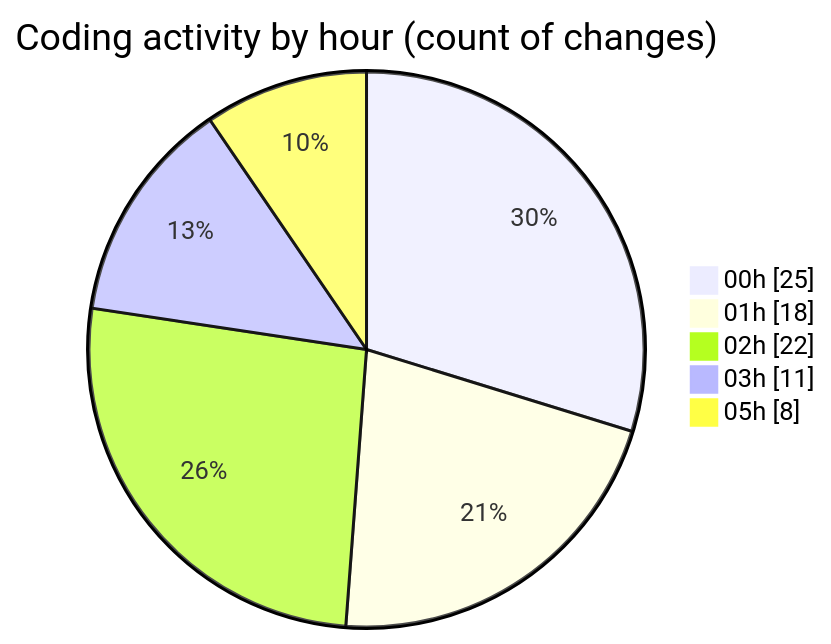
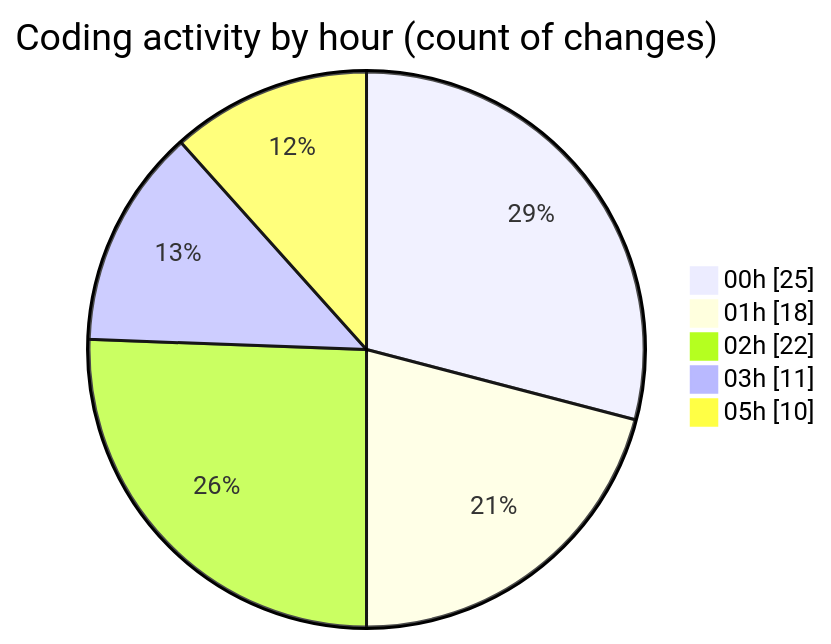
Before and after one commit to EIIisD/code-tracking: the second of 2 diagrams in 2025-07-18/ribbon/README.md, drawn with Mermaid. The commit also changed other lines of this file and 1 other file, not shown here.

````diff
--- a/2025-07-18/ribbon/README.md
+++ b/2025-07-18/ribbon/README.md
@@ -40,9 +40,9 @@
 ```mermaid
 pie showData
 title Coding activity by hour (count of changes)
 "00h" : 25
 "01h" : 18
 "02h" : 22
 "03h" : 11
-"05h" : 8
+"05h" : 10
 ```
````
